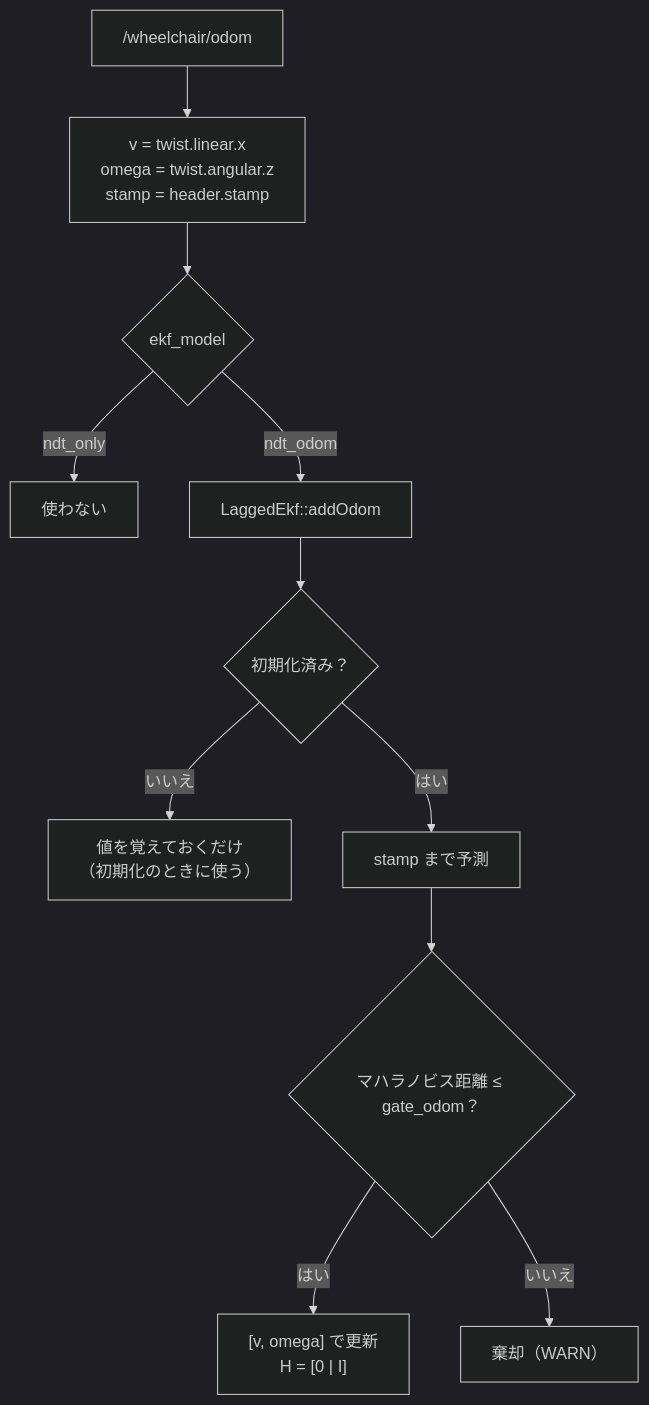
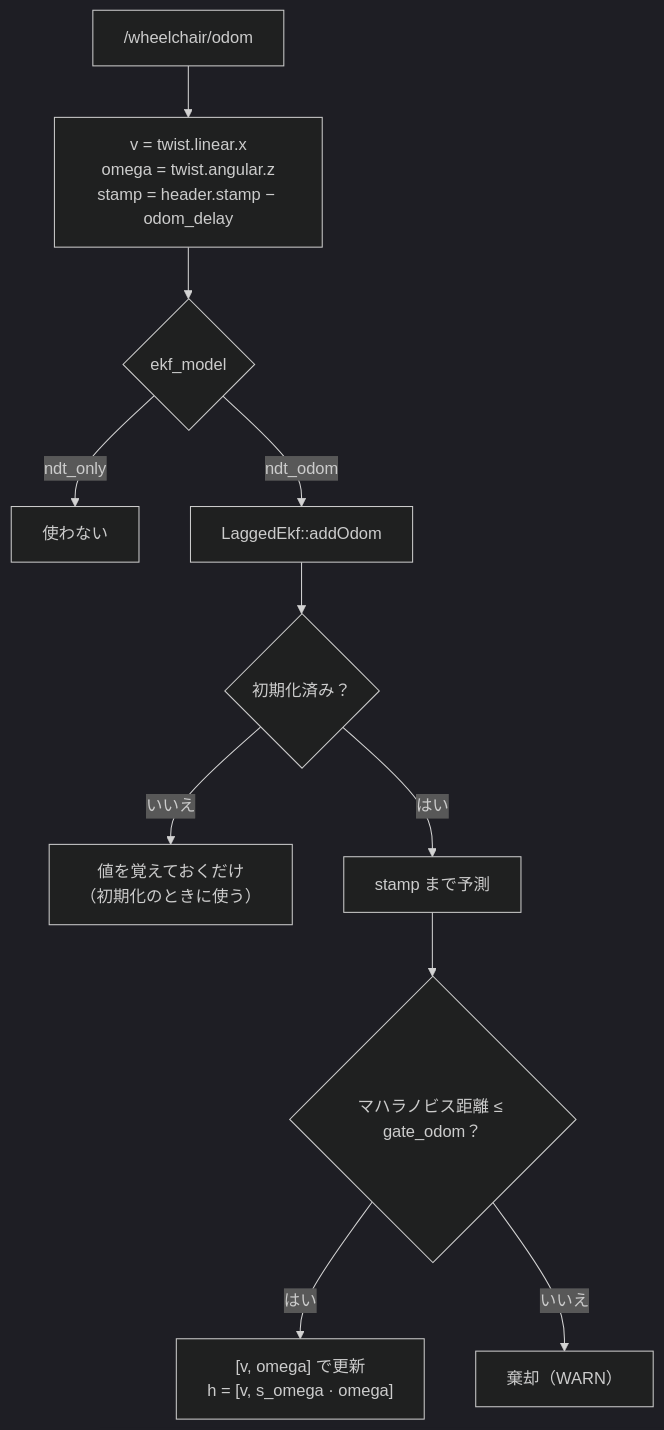
One commit to MaeharaTakumi/ekf_localizer changed the second of 5 diagrams in docs/ekf_flow.md. Above: the diagram before and after it, drawn with Mermaid (dark theme). The commit also changed other lines of this file and 12 other files, not shown here.

````diff
--- a/docs/ekf_flow.md
+++ b/docs/ekf_flow.md
@@ -65,13 +66,13 @@
 ```mermaid
 flowchart TD
-  A["/wheelchair/odom"] --> B["v = twist.linear.x<br/>omega = twist.angular.z<br/>stamp = header.stamp"]
+  A["/wheelchair/odom"] --> B["v = twist.linear.x<br/>omega = twist.angular.z<br/>stamp = header.stamp − odom_delay"]
   B --> C{"ekf_model"}
   C -->|ndt_only| X["使わない"]
   C -->|ndt_odom| D["LaggedEkf::addOdom"]
   D --> E{"初期化済み？"}
   E -->|いいえ| F["値を覚えておくだけ<br/>（初期化のときに使う）"]
   E -->|はい| G["stamp まで予測"]
   G --> H{"マハラノビス距離 ≤ gate_odom？"}
-  H -->|はい| I["[v, omega] で更新<br/>H = [0 | I]"]
+  H -->|はい| I["[v, omega] で更新<br/>h = [v, s_omega · omega]"]
   H -->|いいえ| J["棄却（WARN）"]
 ```
````
